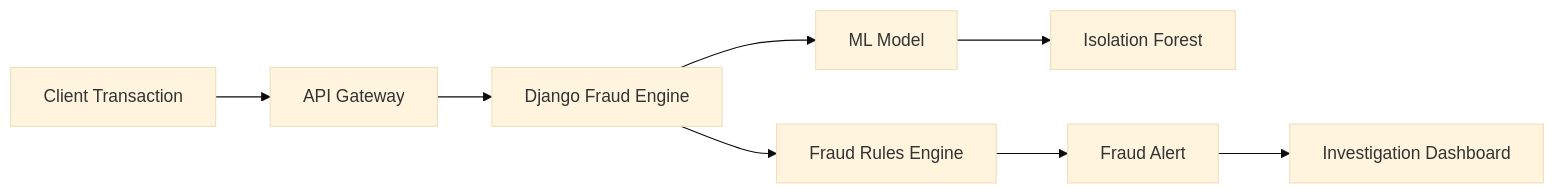
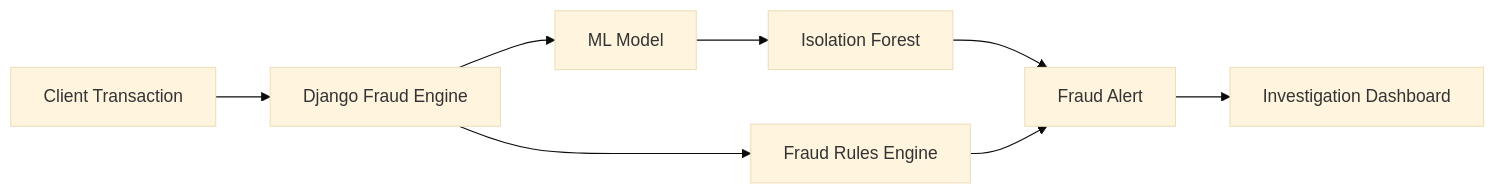
The first of 2 diagrams in README.md (ProSanjay/ProSanjay), drawn with Mermaid (base theme) before and after one commit. The commit also changed other lines of this file, not shown here.

````diff
--- a/README.md
+++ b/README.md
@@ -79,10 +79,10 @@
 ``` mermaid
 flowchart LR
-A[Client Transaction] --> B[API Gateway]
-B --> C[Django Fraud Engine]
+A[Client Transaction] --> C[Django Fraud Engine]
 C --> D[Fraud Rules Engine]
 C --> E[ML Model]
 E --> F[Isolation Forest]
+F --> G[Fraud Alert]
 D --> G[Fraud Alert]
 G --> H[Investigation Dashboard]
 ```
````
